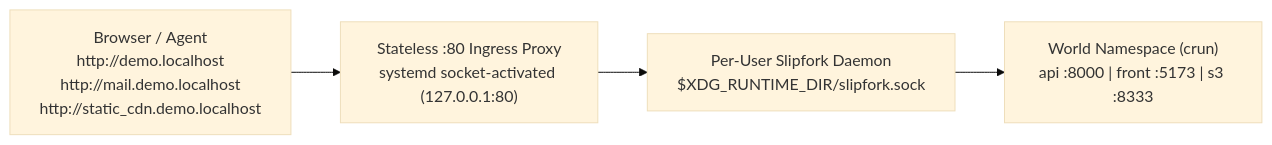
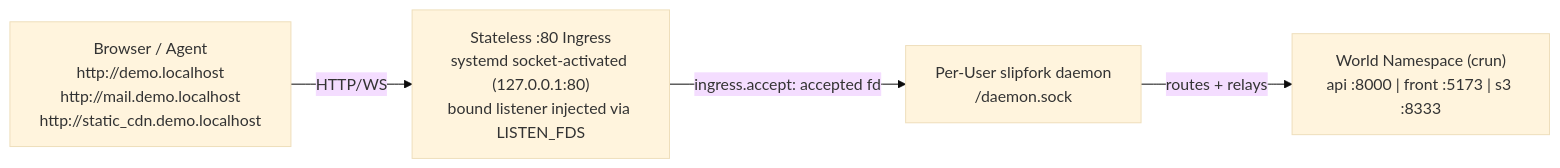
One commit to OffworldNexus/slipfork changed the third of 3 diagrams in specs/03-under-the-hood.md. Above: the diagram before and after it, drawn with Mermaid (base theme). The commit also changed other lines of this file and 431 other files, not shown here.

````diff
--- a/specs/03-under-the-hood.md
+++ b/specs/03-under-the-hood.md
@@ -98,9 +98,11 @@
 ```mermaid
 flowchart LR
   Browser["Browser / Agent\nhttp://demo.localhost\nhttp://mail.demo.localhost\nhttp://static_cdn.demo.localhost"]
-  Proxy["Stateless :80 Ingress Proxy\nsystemd socket-activated (127.0.0.1:80)"]
-  Daemon["Per-User Slipfork Daemon\n$XDG_RUNTIME_DIR/slipfork.sock"]
+  Proxy["Stateless :80 Ingress\nsystemd socket-activated (127.0.0.1:80)\nbound listener injected via LISTEN_FDS"]
+  Daemon["Per-User slipfork daemon\n<runtime_dir>/daemon.sock"]
   Pod["World Namespace (crun)\napi :8000 | front :5173 | s3 :8333"]
 
-  Browser --> Proxy --> Daemon --> Pod
+  Browser -->|"HTTP/WS"| Proxy
+  Proxy -->|"ingress.accept: accepted fd"| Daemon
+  Daemon -->|"routes + relays"| Pod
 ```
````
